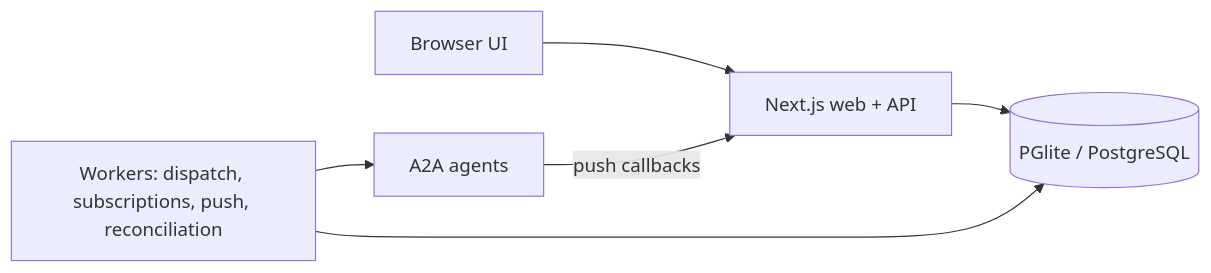
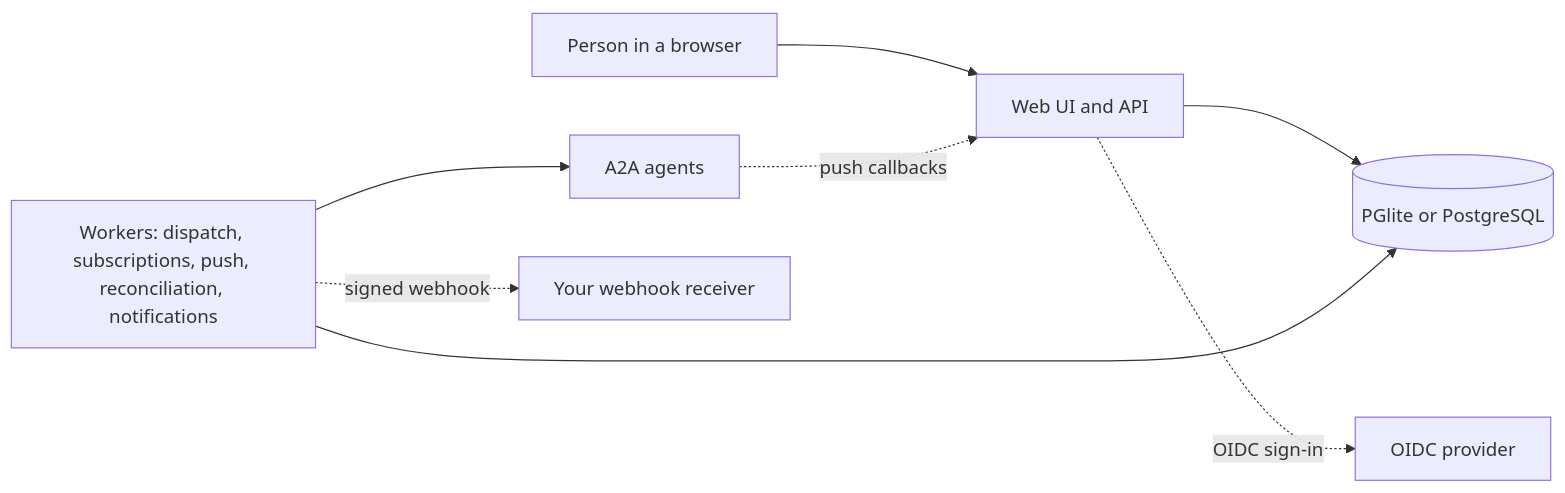
One commit to allsrc/agent-taskbay changed the diagram in README.md. Above: the diagram before and after it, drawn with Mermaid. The commit also changed other lines of this file and 31 other files, not shown here.

````diff
--- a/README.md
+++ b/README.md
@@ -94,8 +130,10 @@
 ```mermaid
 flowchart LR
-  B[Browser UI] --> W[Next.js web + API]
-  W --> DB[(PGlite / PostgreSQL)]
-  K[Workers: dispatch, subscriptions, push, reconciliation] --> DB
+  P[Person in a browser] --> W[Web UI and API]
+  W -. OIDC sign-in .-> IdP[OIDC provider]
+  W --> DB[(PGlite or PostgreSQL)]
+  K[Workers: dispatch, subscriptions, push, reconciliation, notifications] --> DB
   K --> A[A2A agents]
-  A -- push callbacks --> W
+  A -. push callbacks .-> W
+  K -. signed webhook .-> H[Your webhook receiver]
 ```
````
